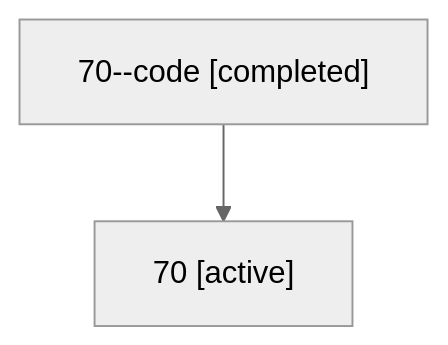
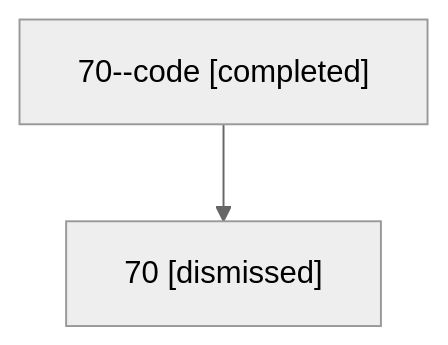
One commit to sase-org/sase--agents changed the diagram in sessions/bbugyi200.athena.70.md. Above: the diagram before and after it, drawn with Mermaid (neutral theme). The commit also changed other lines of this file and 18 other files, not shown here.

````diff
--- a/sessions/bbugyi200.athena.70.md
+++ b/sessions/bbugyi200.athena.70.md
@@ -9,6 +9,6 @@
 ```mermaid
 flowchart TD
   n0["70--code [completed]"]
-  n1["70 [active]"]
+  n1["70 [dismissed]"]
   n0 --> n1
 ```
````
